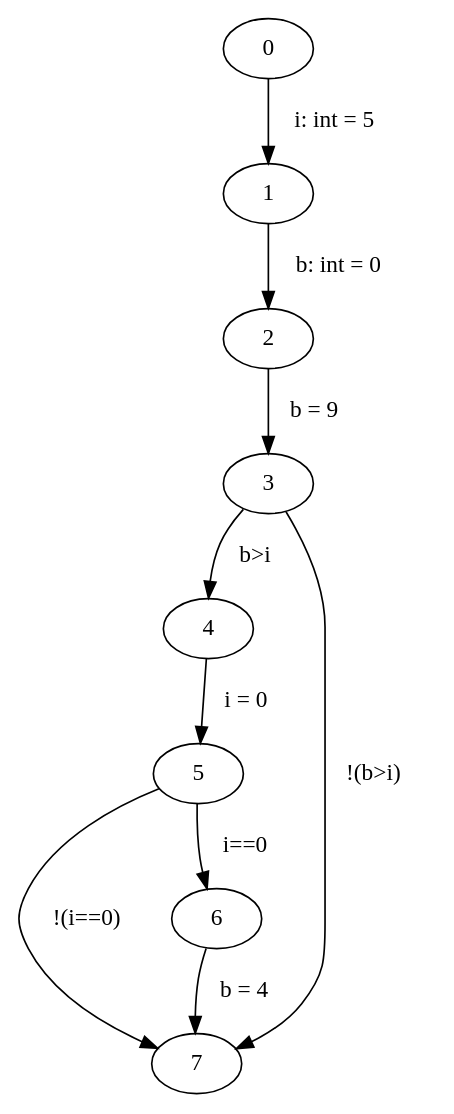
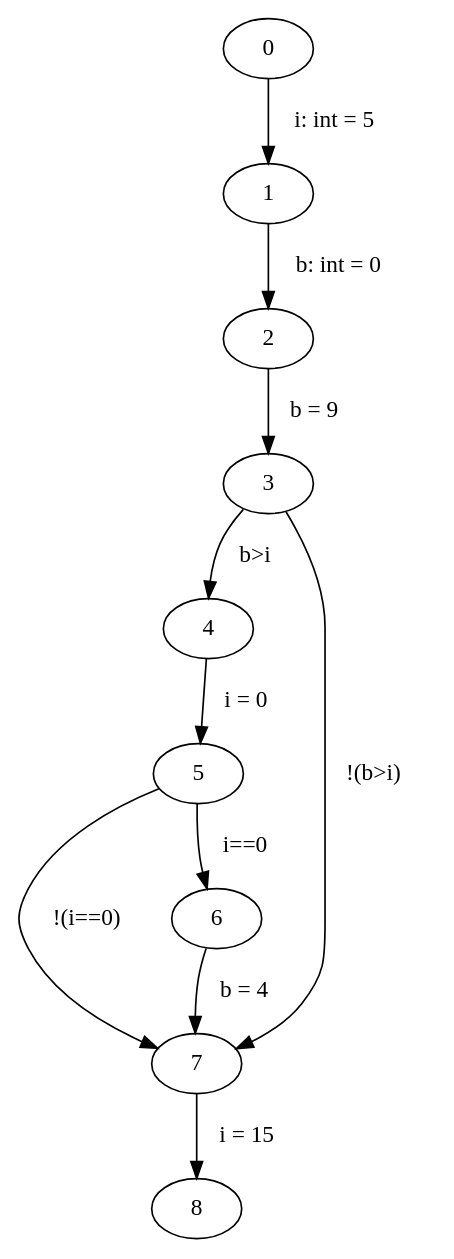
Before and after one commit to FloKes/ProgramAnalysis: the diagram in src/main/java/graphviz/input.dot, drawn with Graphviz. The commit also changed 3 other files, not shown here.

Commit message:
Fixed node appearing multiple times in Program Graph

```diff
--- a/src/main/java/graphviz/input.dot
+++ b/src/main/java/graphviz/input.dot
@@ -1,11 +1,12 @@
 digraph ProgramGraph{
 "0" -> "1" [label="  i: int = 5   "] 
 "1" -> "2" [label="  b: int = 0   "] 
 "2" -> "3" [label="  b = 9   "] 
 "3" -> "4" [label="  b>i   "] 
 "3" -> "7" [label="  !(b>i)   "] 
 "4" -> "5" [label="  i = 0   "] 
 "5" -> "6" [label="  i==0   "] 
 "5" -> "7" [label="  !(i==0)   "] 
 "6" -> "7" [label="  b = 4   "] 
+"7" -> "8" [label="  i = 15   "] 
 }
```
